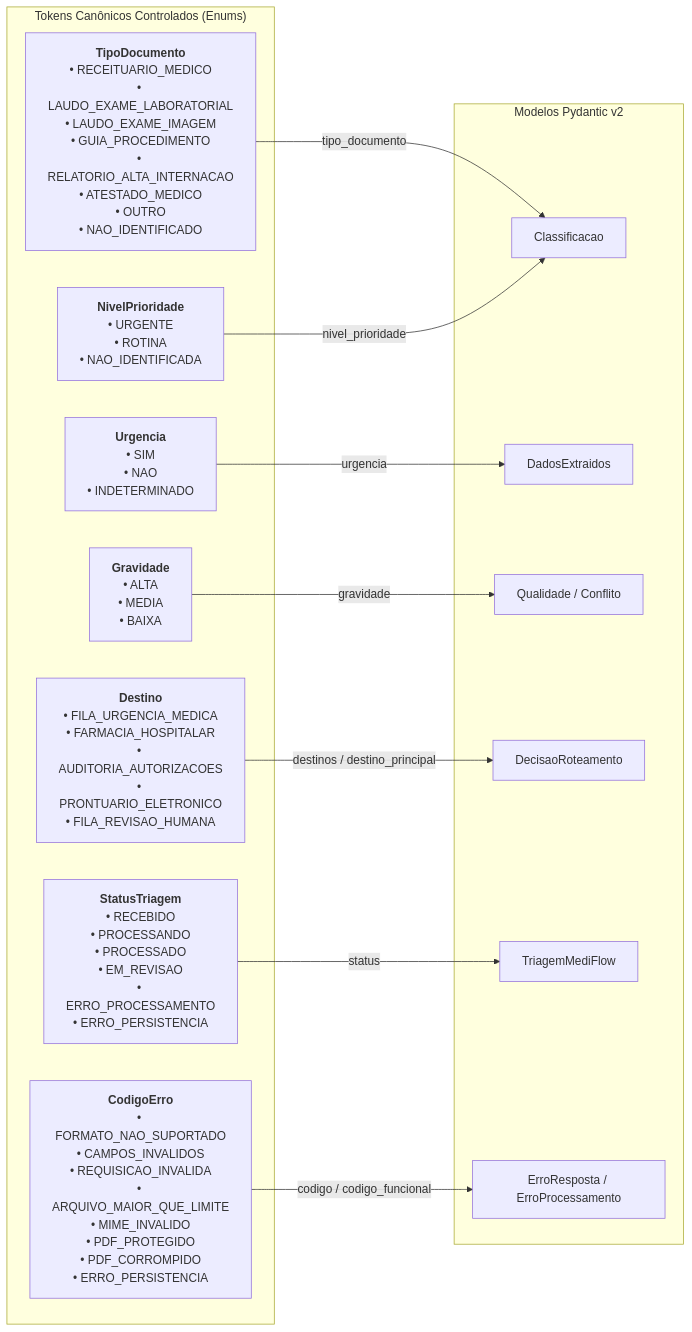
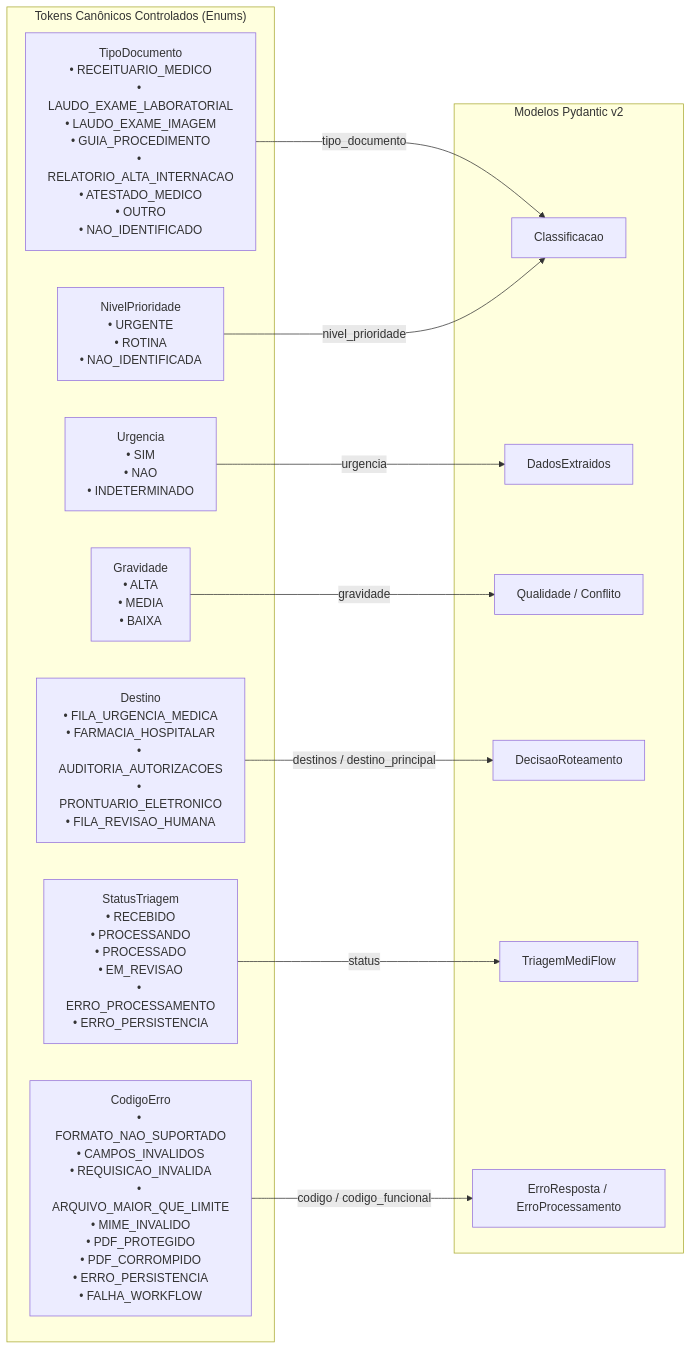
One commit to No-Country-simulation/g10-brasil-equipe-15_mediflow changed the second of 6 diagrams in docs/testes/VISUAL_SCHEMAS.md. Above: the diagram before and after it, drawn with Mermaid. The commit also changed other lines of this file and 5 other files, not shown here.

````diff
--- a/docs/testes/VISUAL_SCHEMAS.md
+++ b/docs/testes/VISUAL_SCHEMAS.md
@@ -156,35 +158,35 @@
 ```mermaid
 graph LR
     subgraph ENUMS["Tokens Canônicos Controlados (Enums)"]
-        TD["<b>TipoDocumento</b><br/>• RECEITUARIO_MEDICO<br/>• LAUDO_EXAME_LABORATORIAL<br/>• LAUDO_EXAME_IMAGEM<br/>• GUIA_PROCEDIMENTO<br/>• RELATORIO_ALTA_INTERNACAO<br/>• ATESTADO_MEDICO<br/>• OUTRO<br/>• NAO_IDENTIFICADO"]
+        TD["TipoDocumento<br/>• RECEITUARIO_MEDICO<br/>• LAUDO_EXAME_LABORATORIAL<br/>• LAUDO_EXAME_IMAGEM<br/>• GUIA_PROCEDIMENTO<br/>• RELATORIO_ALTA_INTERNACAO<br/>• ATESTADO_MEDICO<br/>• OUTRO<br/>• NAO_IDENTIFICADO"]
         
-        NP["<b>NivelPrioridade</b><br/>• URGENTE<br/>• ROTINA<br/>• NAO_IDENTIFICADA"]
+        NP["NivelPrioridade<br/>• URGENTE<br/>• ROTINA<br/>• NAO_IDENTIFICADA"]
         
-        ST["<b>StatusTriagem</b><br/>• RECEBIDO<br/>• PROCESSANDO<br/>• PROCESSADO<br/>• EM_REVISAO<br/>• ERRO_PROCESSAMENTO<br/>• ERRO_PERSISTENCIA"]
+        ST["StatusTriagem<br/>• RECEBIDO<br/>• PROCESSANDO<br/>• PROCESSADO<br/>• EM_REVISAO<br/>• ERRO_PROCESSAMENTO<br/>• ERRO_PERSISTENCIA"]
         
-        DS["<b>Destino</b><br/>• FILA_URGENCIA_MEDICA<br/>• FARMACIA_HOSPITALAR<br/>• AUDITORIA_AUTORIZACOES<br/>• PRONTUARIO_ELETRONICO<br/>• FILA_REVISAO_HUMANA"]
+        DS["Destino<br/>• FILA_URGENCIA_MEDICA<br/>• FARMACIA_HOSPITALAR<br/>• AUDITORIA_AUTORIZACOES<br/>• PRONTUARIO_ELETRONICO<br/>• FILA_REVISAO_HUMANA"]
         
-        UG["<b>Urgencia</b><br/>• SIM<br/>• NAO<br/>• INDETERMINADO"]
+        UG["Urgencia<br/>• SIM<br/>• NAO<br/>• INDETERMINADO"]
         
-        GV["<b>Gravidade</b><br/>• ALTA<br/>• MEDIA<br/>• BAIXA"]
+        GV["Gravidade<br/>• ALTA<br/>• MEDIA<br/>• BAIXA"]
         
-        CE["<b>CodigoErro</b><br/>• FORMATO_NAO_SUPORTADO<br/>• CAMPOS_INVALIDOS<br/>• REQUISICAO_INVALIDA<br/>• ARQUIVO_MAIOR_QUE_LIMITE<br/>• MIME_INVALIDO<br/>• PDF_PROTEGIDO<br/>• PDF_CORROMPIDO<br/>• ERRO_PERSISTENCIA"]
+        CE["CodigoErro<br/>• FORMATO_NAO_SUPORTADO<br/>• CAMPOS_INVALIDOS<br/>• REQUISICAO_INVALIDA<br/>• ARQUIVO_MAIOR_QUE_LIMITE<br/>• MIME_INVALIDO<br/>• PDF_PROTEGIDO<br/>• PDF_CORROMPIDO<br/>• ERRO_PERSISTENCIA<br/>• FALHA_WORKFLOW"]
     end
 
     subgraph SCHEMAS["Modelos Pydantic v2"]
         C["Classificacao"]
         DE["DadosExtraidos"]
         Q["Qualidade / Conflito"]
         DR["DecisaoRoteamento"]
         TMF["TriagemMediFlow"]
         ER["ErroResposta / ErroProcessamento"]
     end
 
     TD -->|tipo_documento| C
     NP -->|nivel_prioridade| C
     UG -->|urgencia| DE
     GV -->|gravidade| Q
     DS -->|destinos / destino_principal| DR
     ST -->|status| TMF
     CE -->|codigo / codigo_funcional| ER
 ```
````
